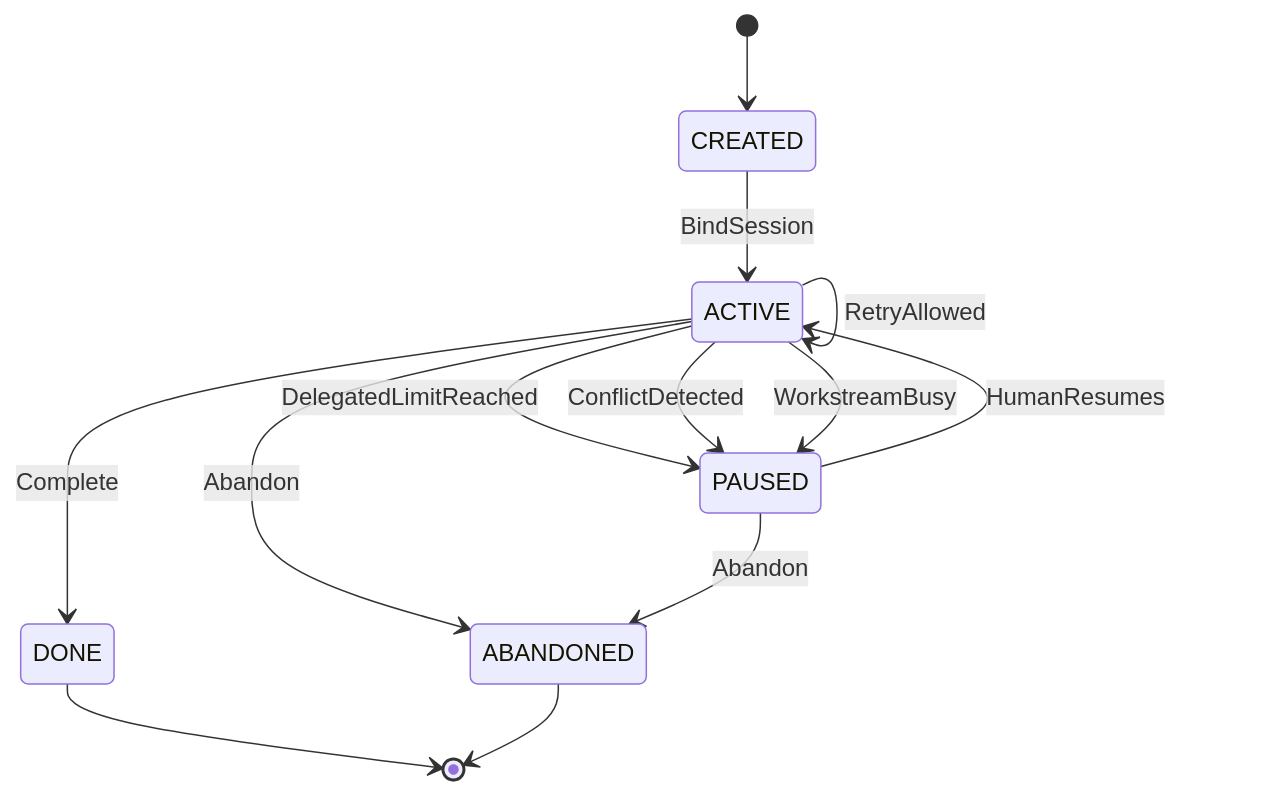
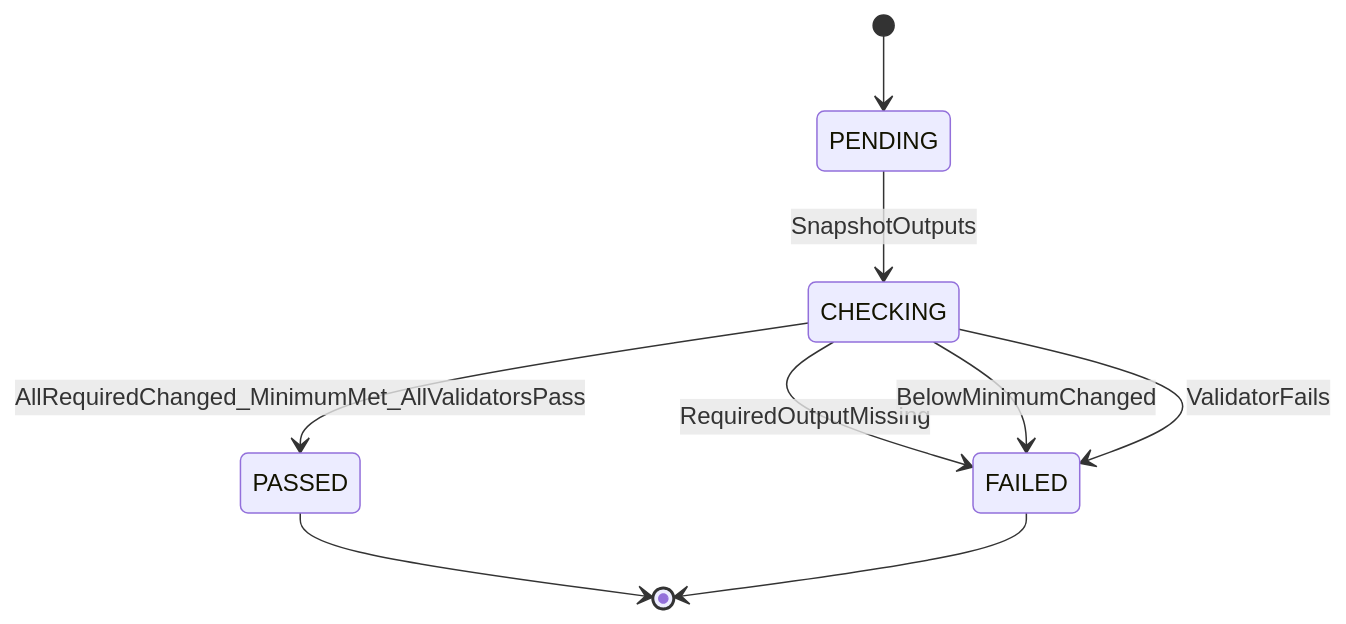
Before and after one commit to matthiasdaues/agent_factory: the sixth of 6 diagrams in docs/spec/supplementary_specs/state-machines.md, drawn with Mermaid. The commit also changed other lines of this file and 8 other files, not shown here.

Commit message:
preparation for activity graph done

````diff
--- a/docs/spec/supplementary_specs/state-machines.md
+++ b/docs/spec/supplementary_specs/state-machines.md
@@ -287,16 +309,11 @@
 ```mermaid
 stateDiagram-v2
-    [*] --> CREATED
-    CREATED --> ACTIVE : BindSession
-    ACTIVE --> ACTIVE : SelectCycle
-    ACTIVE --> ACTIVE : RetryAllowed
-    ACTIVE --> PAUSED : DelegatedLimitReached
-    ACTIVE --> PAUSED : ConflictDetected
-    ACTIVE --> PAUSED : WorkstreamBusy
-    ACTIVE --> DONE : Complete
-    ACTIVE --> ABANDONED : Abandon
-    PAUSED --> ACTIVE : HumanResumes
-    PAUSED --> ABANDONED : Abandon
-    DONE --> [*]
-    ABANDONED --> [*]
+    [*] --> PENDING
+    PENDING --> CHECKING : SnapshotOutputs
+    CHECKING --> PASSED : AllRequiredChanged_MinimumMet_AllValidatorsPass
+    CHECKING --> FAILED : RequiredOutputMissing
+    CHECKING --> FAILED : BelowMinimumChanged
+    CHECKING --> FAILED : ValidatorFails
+    PASSED --> [*]
+    FAILED --> [*]
 ```
````
